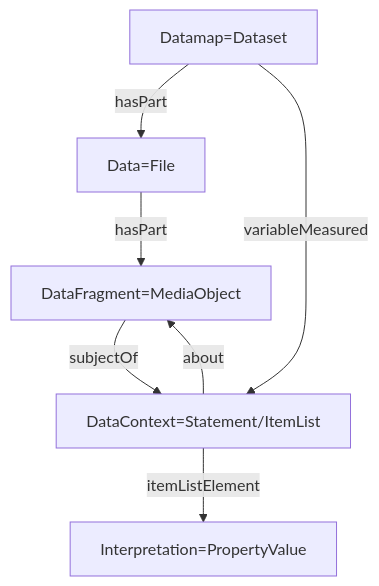
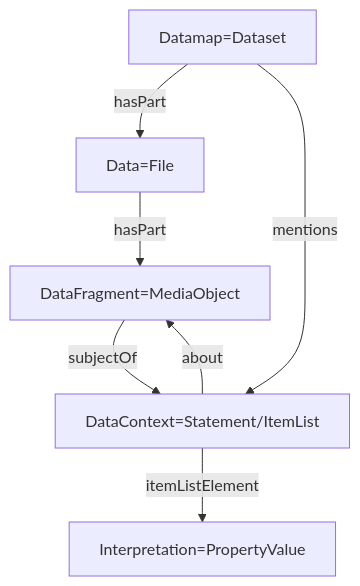
Before and after one commit to nfdi4plants/arc-ro-crate-profile: the diagram in docs/profiles/0.1/datamap_crate/index.md, drawn with Mermaid. The commit also changed other lines of this file, not shown here.

````diff
--- a/docs/profiles/0.1/datamap_crate/index.md
+++ b/docs/profiles/0.1/datamap_crate/index.md
@@ -55,22 +55,22 @@
 ```mermaid
 flowchart TD
 
 dataset[Datamap=Dataset]
 
 DataFile[Data=File]
 DataFragment[DataFragment=MediaObject]
 
 desc[DataContext=Statement/ItemList]
 prop[Interpretation=PropertyValue]
 
 DataFile --hasPart--> DataFragment
 dataset --hasPart--> DataFile
 
 DataFragment --subjectOf--> desc
 desc --about--> DataFragment
 
-dataset --variableMeasured--> desc
+dataset --mentions--> desc
 
 desc --itemListElement--> prop
 
 ```
````
